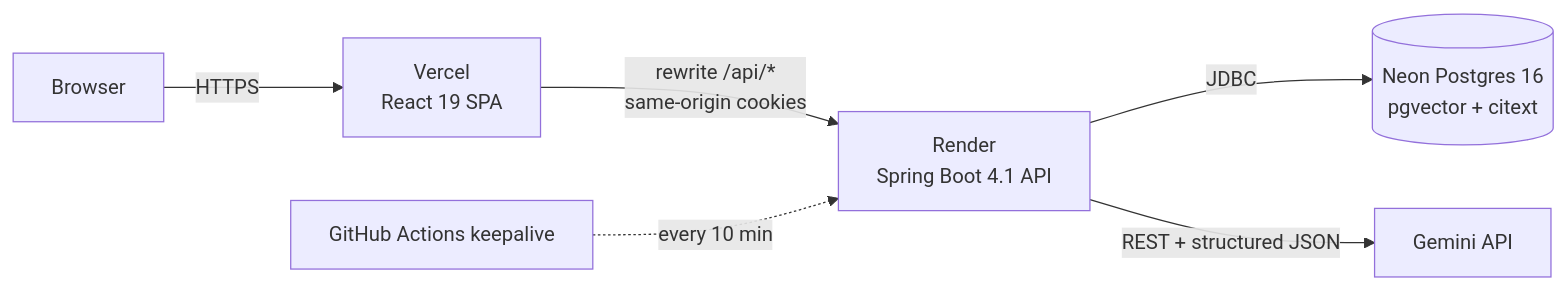
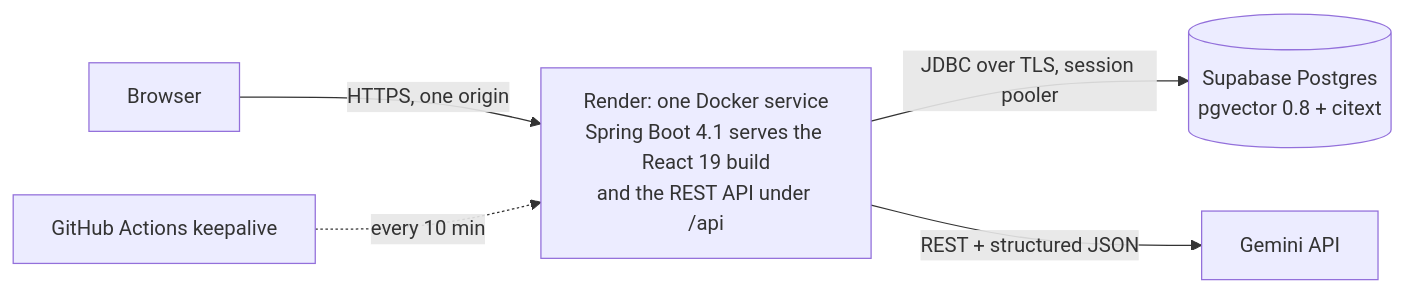
Before and after one commit to Kavaykhurana/studyloop: the first of 2 diagrams in README.md, drawn with Mermaid. The commit also changed other lines of this file and 4 other files, not shown here.

First line of the commit message:
docs: live links, single-service architecture, submission pack, demo script

````diff
--- a/README.md
+++ b/README.md
@@ -80,8 +79,7 @@
 ```mermaid
 flowchart LR
-    B[Browser] -->|HTTPS| V[Vercel<br/>React 19 SPA]
-    V -->|rewrite /api/*<br/>same-origin cookies| R[Render<br/>Spring Boot 4.1 API]
-    R -->|JDBC| N[(Neon Postgres 16<br/>pgvector + citext)]
+    B[Browser] -->|HTTPS, one origin| R[Render: one Docker service<br/>Spring Boot 4.1 serves the React 19 build<br/>and the REST API under /api]
+    R -->|JDBC over TLS, session pooler| N[(Supabase Postgres<br/>pgvector 0.8 + citext)]
     R -->|REST + structured JSON| G[Gemini API]
     GH[GitHub Actions keepalive] -.->|every 10 min| R
 ```
````
